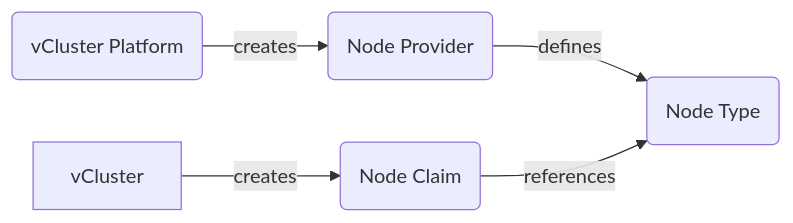
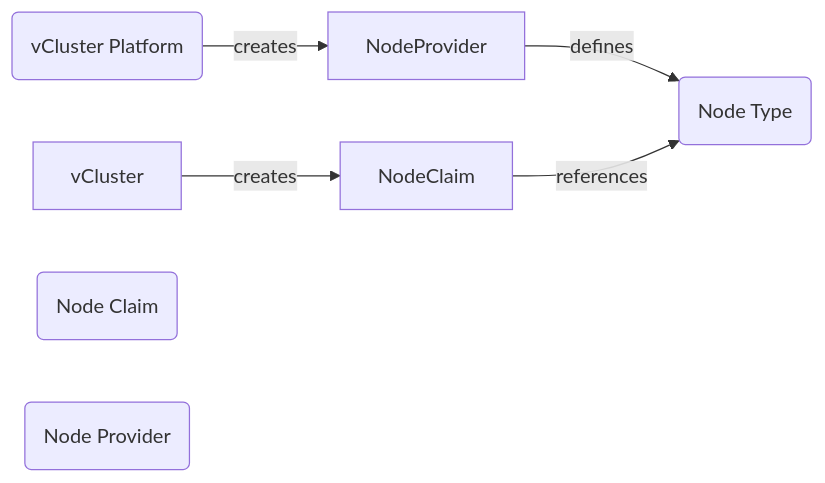
One commit to loft-sh/vcluster-docs changed the first of 3 diagrams in platform/administer/node-providers/overview.mdx. Above: the diagram before and after it, drawn with Mermaid. The commit also changed other lines of this file and 44 other files, not shown here.

````diff
--- a/platform/administer/node-providers/overview.mdx
+++ b/platform/administer/node-providers/overview.mdx
@@ -18,12 +16,12 @@
 ```mermaid
 flowchart LR;
-  vClusterPlatform -->|creates| NodeProvider
-  NodeProvider -->|defines| NodeType
-  vCluster -->|creates| NodeClaim
-  NodeClaim -->|references| NodeType
+  vClusterPlatform -->|creates| Provider[NodeProvider]
+  Provider -->|defines| NodeType
+  vCluster -->|creates| Claim[NodeClaim]
+  Claim -->|references| NodeType
 
   NodeClaim("Node Claim")
   NodeType("Node Type")
   NodeProvider("Node Provider")
   vClusterPlatform("vCluster Platform")
 ```
````
